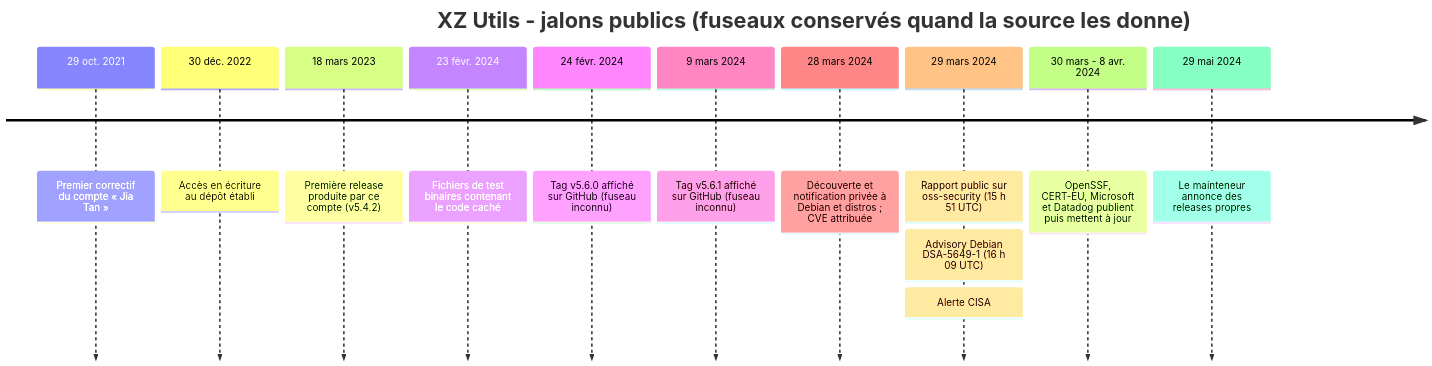
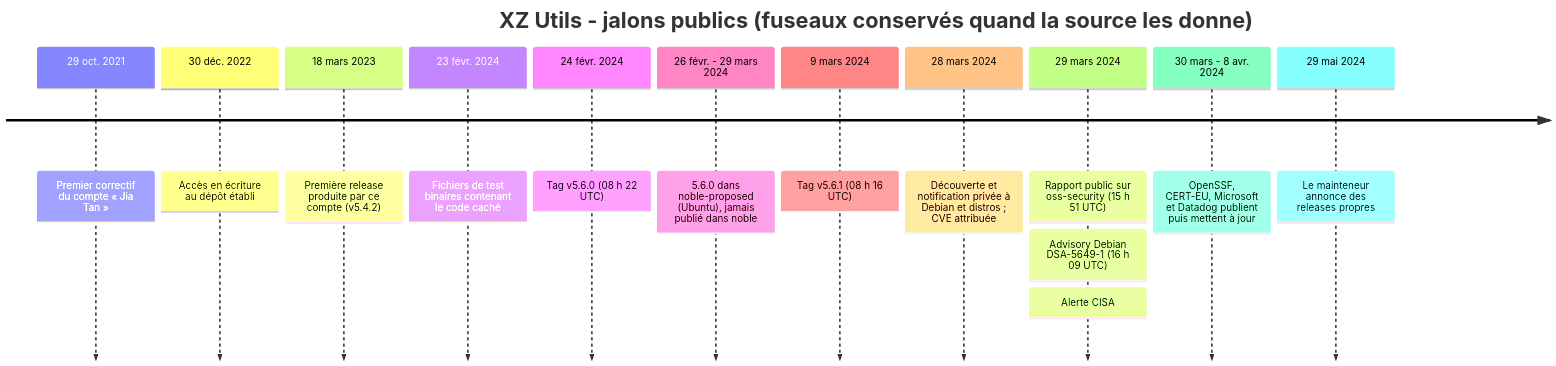
The diagram in cases/case-04-xz-utils/README.md (AtomCrtr/open-intelligence-casebook), drawn with Mermaid before and after one commit. The commit also changed other lines of this file and 12 other files, not shown here.

````diff
--- a/cases/case-04-xz-utils/README.md
+++ b/cases/case-04-xz-utils/README.md
@@ -28,14 +29,15 @@
 ```mermaid
 timeline
     title XZ Utils - jalons publics (fuseaux conservés quand la source les donne)
     29 oct. 2021 : Premier correctif du compte « Jia Tan »
     30 déc. 2022 : Accès en écriture au dépôt établi
     18 mars 2023 : Première release produite par ce compte (v5.4.2)
     23 févr. 2024 : Fichiers de test binaires contenant le code caché
-    24 févr. 2024 : Tag v5.6.0 affiché sur GitHub (fuseau inconnu)
-    9 mars 2024 : Tag v5.6.1 affiché sur GitHub (fuseau inconnu)
+    24 févr. 2024 : Tag v5.6.0 (08 h 22 UTC)
+    26 févr. - 29 mars 2024 : 5.6.0 dans noble-proposed (Ubuntu), jamais publié dans noble
+    9 mars 2024 : Tag v5.6.1 (08 h 16 UTC)
     28 mars 2024 : Découverte et notification privée à Debian et distros ; CVE attribuée
     29 mars 2024 : Rapport public sur oss-security (15 h 51 UTC) : Advisory Debian DSA-5649-1 (16 h 09 UTC) : Alerte CISA
     30 mars - 8 avr. 2024 : OpenSSF, CERT-EU, Microsoft et Datadog publient puis mettent à jour
     29 mai 2024 : Le mainteneur annonce des releases propres
 ```
````
